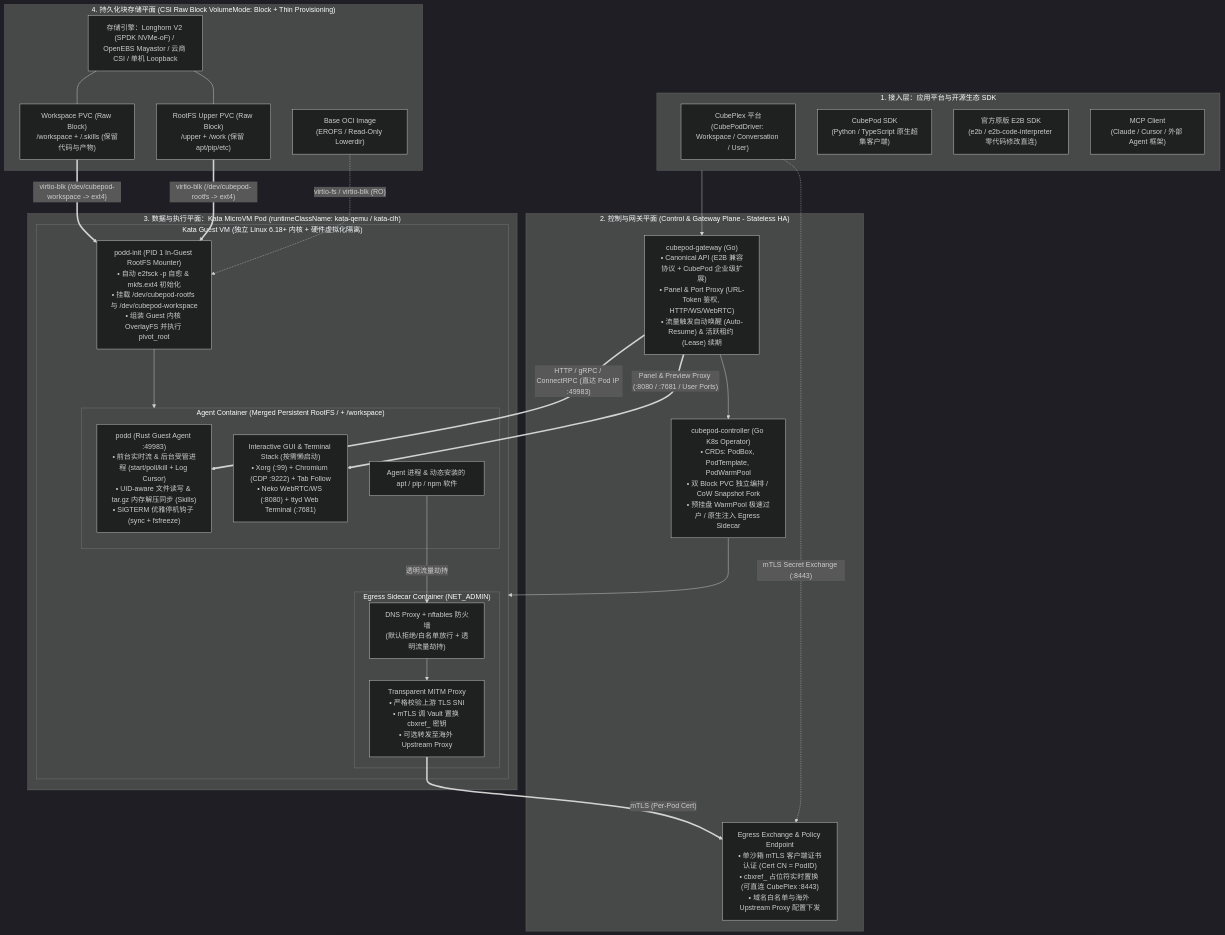
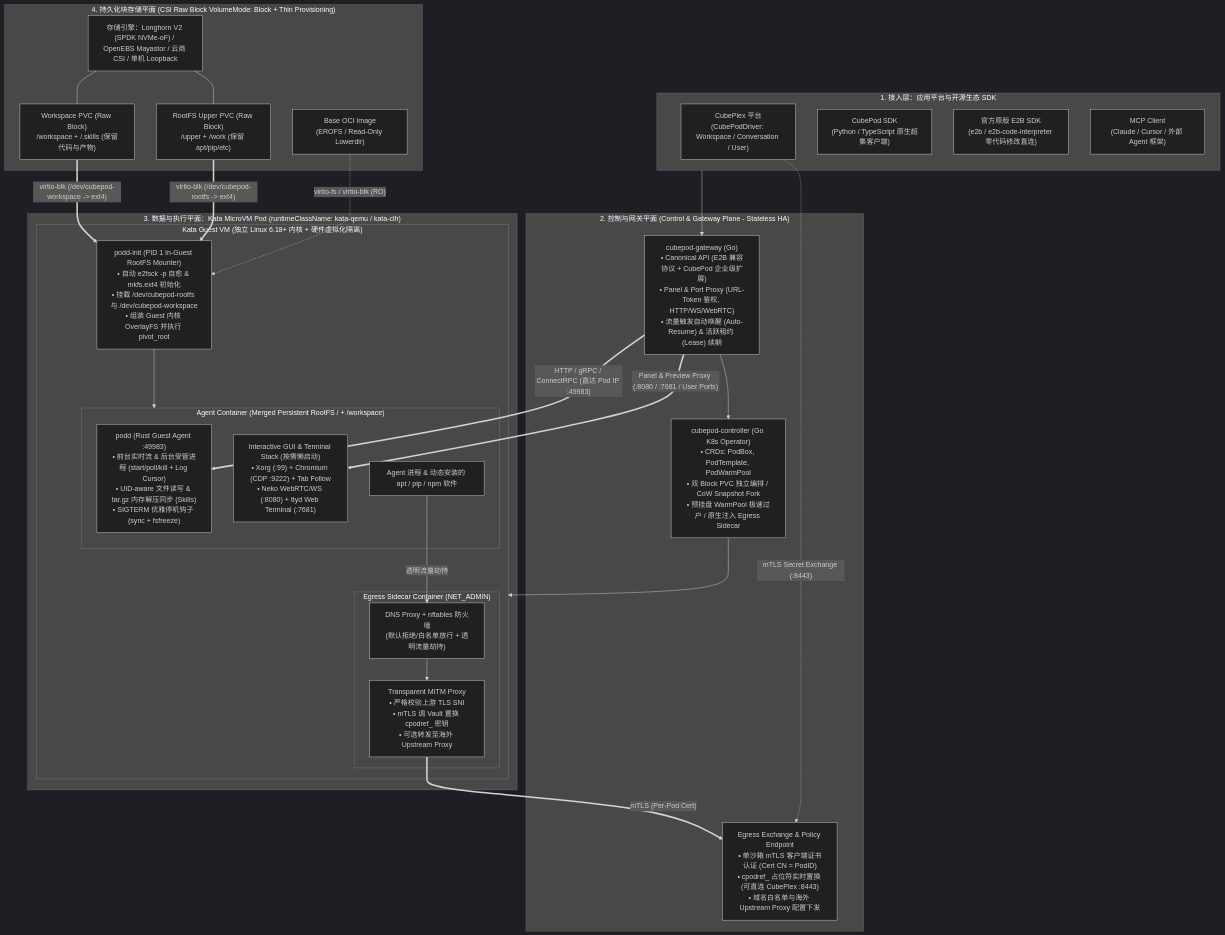
One commit to cubeplexai/cubepod changed the first of 2 diagrams in docs/architecture.md. Above: the diagram before and after it, drawn with Mermaid (dark theme). The commit also changed other lines of this file and 16 other files, not shown here.

Commit message:
refactor(egress): rename secret placeholder prefix cbxref_ -> cpodref_

````diff
--- a/docs/architecture.md
+++ b/docs/architecture.md
@@ -52,54 +52,54 @@
 ```mermaid
 flowchart TB
     subgraph Clients["1. 接入层：应用平台与开源生态 SDK"]
         CP["CubePlex 平台<br/>(CubePodDriver: Workspace / Conversation / User)"]
         SDK_Py["CubePod SDK<br/>(Python / TypeScript 原生超集客户端)"]
         E2B_SDK["官方原版 E2B SDK<br/>(e2b / e2b-code-interpreter 零代码修改直连)"]
         MCP["MCP Client<br/>(Claude / Cursor / 外部 Agent 框架)"]
     end
 
     subgraph ControlPlane["2. 控制与网关平面 (Control & Gateway Plane - Stateless HA)"]
         GW["cubepod-gateway (Go)<br/>• Canonical API (E2B 兼容协议 + CubePod 企业级扩展)<br/>• Panel & Port Proxy (URL-Token 鉴权, HTTP/WS/WebRTC)<br/>• 流量触发自动唤醒 (Auto-Resume) & 活跃租约 (Lease) 续期"]
-        Vault["Egress Exchange & Policy Endpoint<br/>• 单沙箱 mTLS 客户端证书认证 (Cert CN = PodID)<br/>• cbxref_ 占位符实时置换 (可直连 CubePlex :8443)<br/>• 域名白名单与海外 Upstream Proxy 配置下发"]
+        Vault["Egress Exchange & Policy Endpoint<br/>• 单沙箱 mTLS 客户端证书认证 (Cert CN = PodID)<br/>• cpodref_ 占位符实时置换 (可直连 CubePlex :8443)<br/>• 域名白名单与海外 Upstream Proxy 配置下发"]
         Op["cubepod-controller (Go K8s Operator)<br/>• CRDs: PodBox, PodTemplate, PodWarmPool<br/>• 双 Block PVC 独立编排 / CoW Snapshot Fork<br/>• 预挂盘 WarmPool 极速过户 / 原生注入 Egress Sidecar"]
     end
 
     subgraph DataPlane["3. 数据与执行平面：Kata MicroVM Pod (runtimeClassName: kata-qemu / kata-clh)"]
         subgraph GuestVM["Kata Guest VM (独立 Linux 6.18+ 内核 + 硬件虚拟化隔离)"]
             Init["podd-init (PID 1 In-Guest RootFS Mounter)<br/>• 自动 e2fsck -p 自愈 & mkfs.ext4 初始化<br/>• 挂载 /dev/cubepod-rootfs 与 /dev/cubepod-workspace<br/>• 组装 Guest 内核 OverlayFS 并执行 pivot_root"]
             
             subgraph MainContainer["Agent Container (Merged Persistent RootFS / + /workspace)"]
                 Podd["podd (Rust Guest Agent :49983)<br/>• 前台实时流 & 后台受管进程 (start/poll/kill + Log Cursor)<br/>• UID-aware 文件读写 & tar.gz 内存解压同步 (Skills)<br/>• SIGTERM 优雅停机钩子 (sync + fsfreeze)"]
                 Desktop["Interactive GUI & Terminal Stack (按需懒启动)<br/>• Xorg (:99) + Chromium (CDP :9222) + Tab Follow<br/>• Neko WebRTC/WS (:8080) + ttyd Web Terminal (:7681)"]
                 UserProc["Agent 进程 & 动态安装的 apt / pip / npm 软件"]
             end
 
             subgraph SidecarContainer["Egress Sidecar Container (NET_ADMIN)"]
                 NFT["DNS Proxy + nftables 防火墙<br/>(默认拒绝/白名单放行 + 透明流量劫持)"]
-                MITM["Transparent MITM Proxy<br/>• 严格校验上游 TLS SNI<br/>• mTLS 调 Vault 置换 cbxref_ 密钥<br/>• 可选转发至海外 Upstream Proxy"]
+                MITM["Transparent MITM Proxy<br/>• 严格校验上游 TLS SNI<br/>• mTLS 调 Vault 置换 cpodref_ 密钥<br/>• 可选转发至海外 Upstream Proxy"]
             end
         end
     end
 
     subgraph StoragePlane["4. 持久化块存储平面 (CSI Raw Block VolumeMode: Block + Thin Provisioning)"]
         RO["Base OCI Image<br/>(EROFS / Read-Only Lowerdir)"]
         PVC_Root["RootFS Upper PVC (Raw Block)<br/>/upper + /work (保留 apt/pip/etc)"]
         PVC_WS["Workspace PVC (Raw Block)<br/>/workspace + /.skills (保留代码与产物)"]
         Engine["存储引擎：Longhorn V2 (SPDK NVMe-oF) / OpenEBS Mayastor / 云商 CSI / 单机 Loopback"]
     end
 
     Clients --> GW
     CP -. "mTLS Secret Exchange (:8443)" .-> Vault
     GW --> Op
     GW == "HTTP / gRPC / ConnectRPC (直达 Pod IP :49983)" ==> Podd
     GW == "Panel & Preview Proxy (:8080 / :7681 / User Ports)" ==> Desktop
     MITM == "mTLS (Per-Pod Cert)" ==> Vault
     Op --> GuestVM
     Init --> MainContainer
     UserProc -- "透明流量劫持" --> NFT --> MITM
     RO -. "virtio-fs / virtio-blk (RO)" .-> Init
     PVC_Root == "virtio-blk (/dev/cubepod-rootfs -> ext4)" ==> Init
     PVC_WS == "virtio-blk (/dev/cubepod-workspace -> ext4)" ==> Init
     Engine --- PVC_Root
     Engine --- PVC_WS
 ```
````
